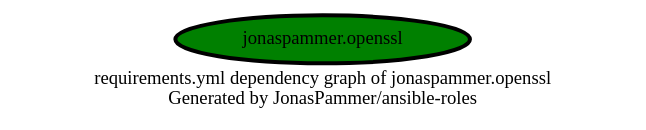
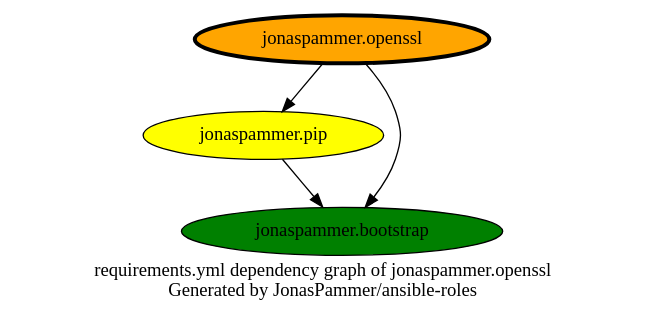
Before and after one commit to JonasPammer/ansible-roles: the diagram in graphs/dependencies_openssl.dot, drawn with Graphviz. The commit also changed 42 other files, not shown here.

```diff
--- a/graphs/dependencies_openssl.dot
+++ b/graphs/dependencies_openssl.dot
@@ -1,10 +1,15 @@
+// This file is generated from `templates/dependencies_single.adoc.jinja2` by Github CI, all local changes will be lost eventually.
 digraph hierarchy {
   label = "requirements.yml dependency graph of jonaspammer.openssl \n Generated by JonasPammer/ansible-roles" ;
   overlap=false
 
   {
-    "jonaspammer.openssl" [fillcolor=green style=filled penwidth=3]
+    "jonaspammer.openssl" [fillcolor=orange style=filled penwidth=3]
+    "jonaspammer.pip" [fillcolor=yellow style=filled ]
+    "jonaspammer.bootstrap" [fillcolor=green style=filled ]
   }
 
 
+  "jonaspammer.openssl" -> {"jonaspammer.pip" "jonaspammer.bootstrap"}
+  "jonaspammer.pip" -> {"jonaspammer.bootstrap"}
 }
```
